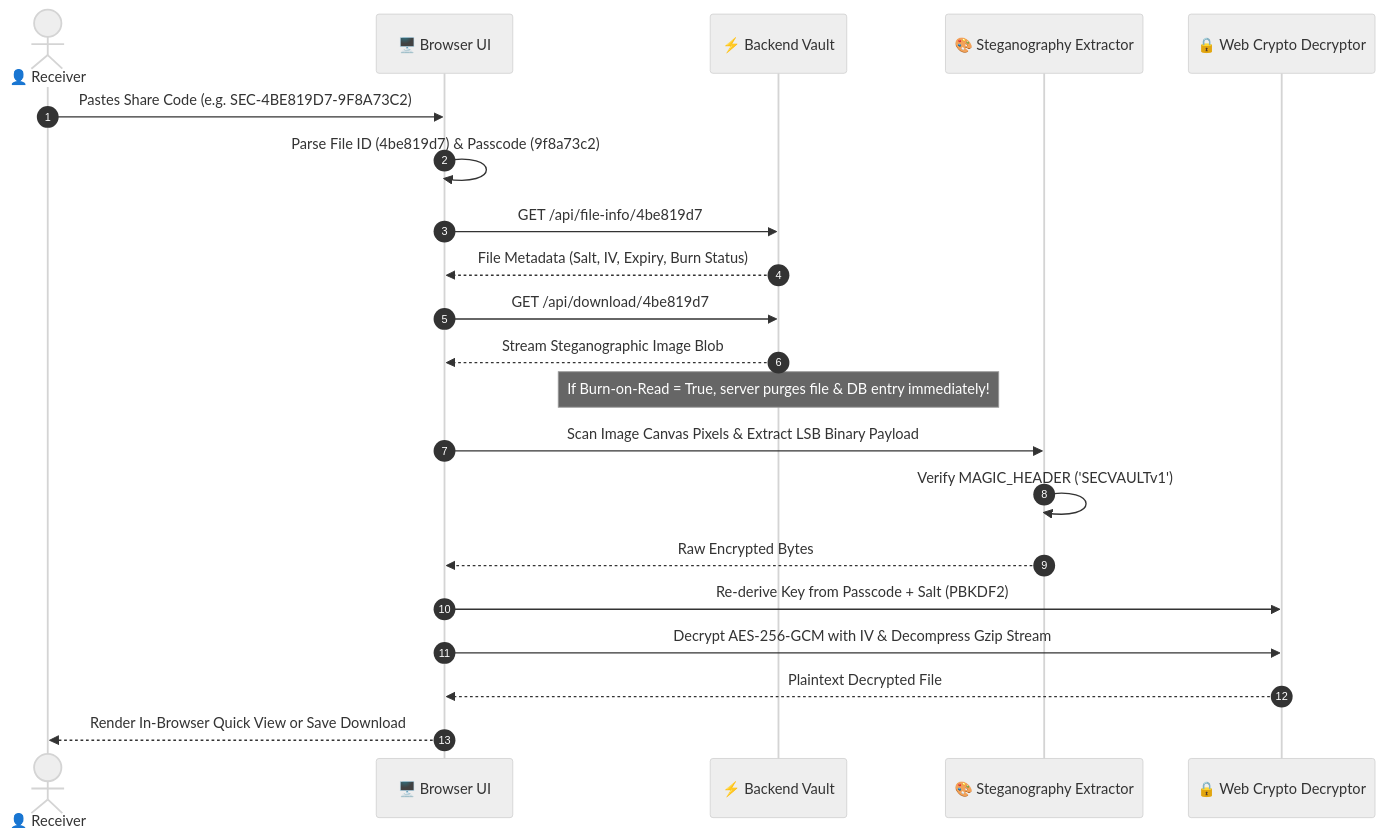
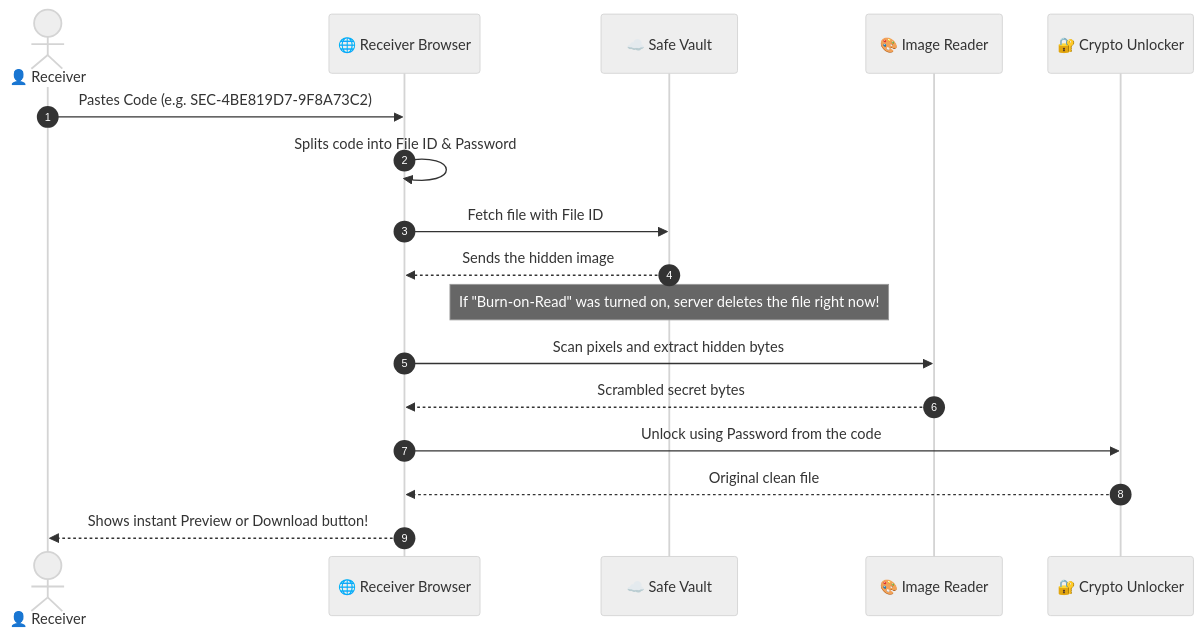
The third of 4 diagrams in README.md (sujalkathait93-lab/filesender), drawn with Mermaid (neutral theme) before and after one commit. The commit also changed other lines of this file, not shown here.

Commit message:
Update README with simple teacher-style explanations for all diagrams and remove deployment guide

````diff
--- a/README.md
+++ b/README.md
@@ -122,24 +119,20 @@
 ```mermaid
 sequenceDiagram
     autonumber
     actor Receiver as 👤 Receiver
-    participant UI as 🖥️ Browser UI
-    participant Server as ⚡ Backend Vault
-    participant Steg as 🎨 Steganography Extractor
-    participant Crypto as 🔒 Web Crypto Decryptor
+    participant Browser as 🌐 Receiver Browser
+    participant Server as ☁️ Safe Vault
+    participant Painter as 🎨 Image Reader
+    participant Lock as 🔐 Crypto Unlocker
 
-    Receiver->>UI: Pastes Share Code (e.g. SEC-4BE819D7-9F8A73C2)
-    UI->>UI: Parse File ID (4be819d7) & Passcode (9f8a73c2)
-    UI->>Server: GET /api/file-info/4be819d7
-    Server-->>UI: File Metadata (Salt, IV, Expiry, Burn Status)
-    UI->>Server: GET /api/download/4be819d7
-    Server-->>UI: Stream Steganographic Image Blob
-    Note over Server: If Burn-on-Read = True, server purges file & DB entry immediately!
-    UI->>Steg: Scan Image Canvas Pixels & Extract LSB Binary Payload
-    Steg->>Steg: Verify MAGIC_HEADER ('SECVAULTv1')
-    Steg-->>UI: Raw Encrypted Bytes
-    UI->>Crypto: Re-derive Key from Passcode + Salt (PBKDF2)
-    UI->>Crypto: Decrypt AES-256-GCM with IV & Decompress Gzip Stream
-    Crypto-->>UI: Plaintext Decrypted File
-    UI-->>Receiver: Render In-Browser Quick View or Save Download
+    Receiver->>Browser: Pastes Code (e.g. SEC-4BE819D7-9F8A73C2)
+    Browser->>Browser: Splits code into File ID & Password
+    Browser->>Server: Fetch file with File ID
+    Server-->>Browser: Sends the hidden image
+    Note over Server: If "Burn-on-Read" was turned on, server deletes the file right now!
+    Browser->>Painter: Scan pixels and extract hidden bytes
+    Painter-->>Browser: Scrambled secret bytes
+    Browser->>Lock: Unlock using Password from the code
+    Lock-->>Browser: Original clean file
+    Browser-->>Receiver: Shows instant Preview or Download button!
 ```
````
